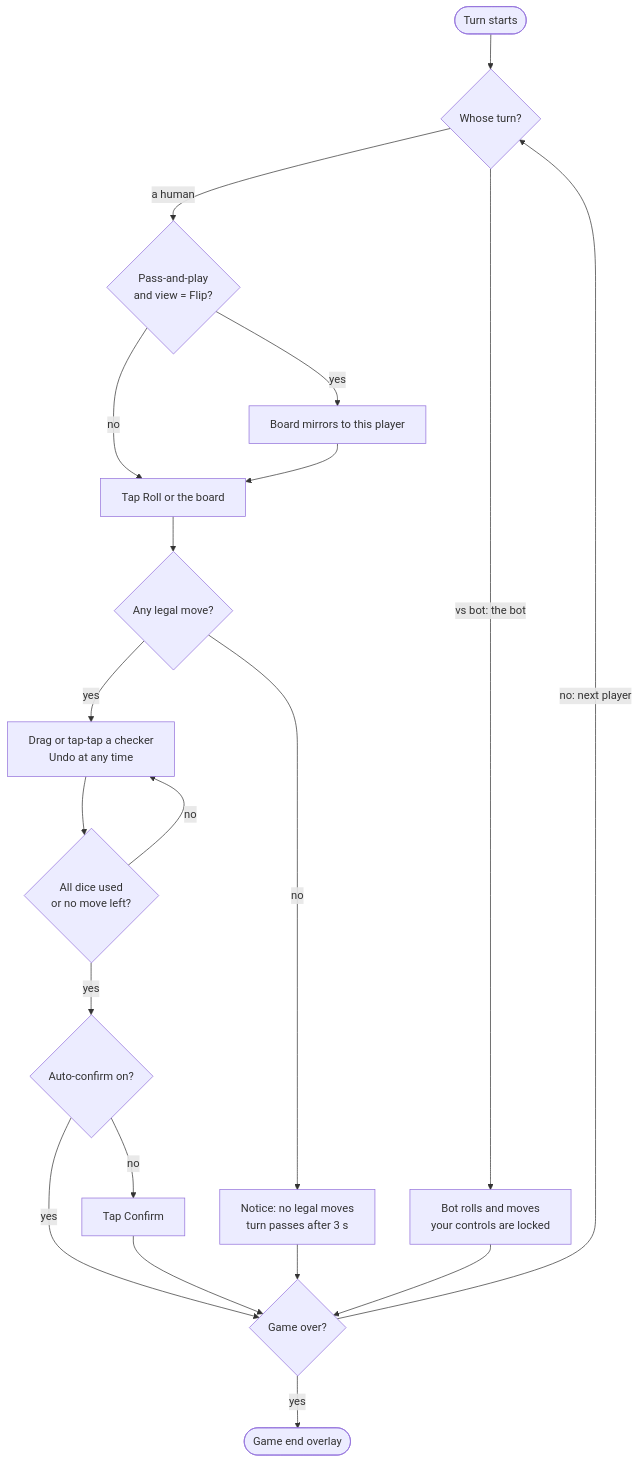
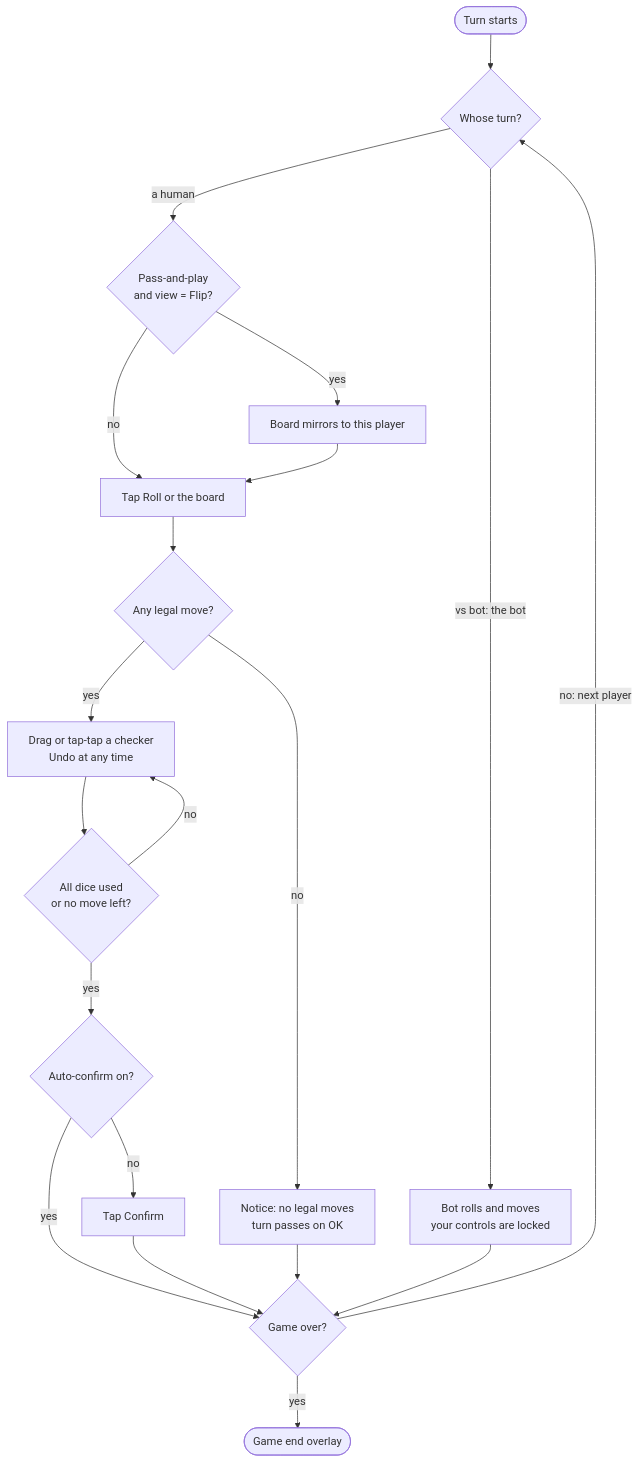
Before and after one commit to OSS-GR/tavli-expo: the second of 2 diagrams in docs/design/wireframes.md, drawn with Mermaid. The commit also changed other lines of this file and 7 other files, not shown here.

First line of the commit message:
fix(app): your "no legal moves" card waits for OK (#195)

````diff
--- a/docs/design/wireframes.md
+++ b/docs/design/wireframes.md
@@ -88,22 +88,22 @@
 ```mermaid
 flowchart TD
   Start([Turn starts]) --> Who{Whose turn?}
   Who -->|vs bot: the bot| BotT[Bot rolls and moves<br/>your controls are locked]
   Who -->|a human| FlipQ{Pass-and-play<br/>and view = Flip?}
   FlipQ -->|yes| Flip[Board mirrors to this player]
   FlipQ -->|no| Roll
   Flip --> Roll[Tap Roll or the board]
   Roll --> Legal{Any legal move?}
-  Legal -->|no| NoMove[Notice: no legal moves<br/>turn passes after 3 s]
+  Legal -->|no| NoMove[Notice: no legal moves<br/>turn passes on OK]
   Legal -->|yes| Move[Drag or tap-tap a checker<br/>Undo at any time]
   Move --> Used{All dice used<br/>or no move left?}
   Used -->|no| Move
   Used -->|yes| Auto{Auto-confirm on?}
   Auto -->|no| Confirm[Tap Confirm]
   Auto -->|yes| Over
   Confirm --> Over{Game over?}
   NoMove --> Over
   BotT --> Over
   Over -->|no: next player| Who
   Over -->|yes| End([Game end overlay])
 ```
````
